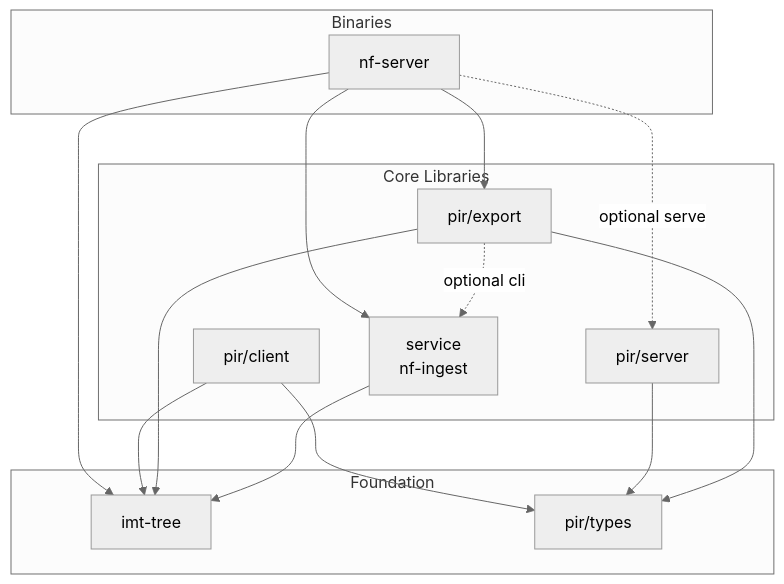
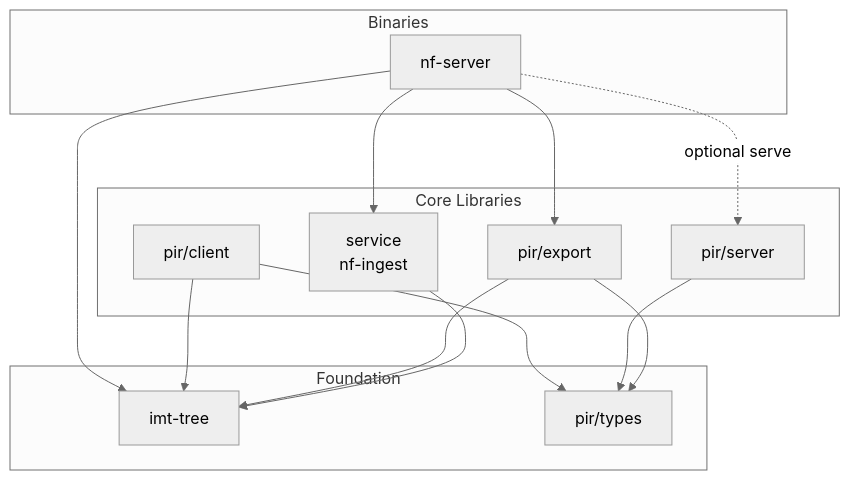
Before and after one commit to valargroup/vote-nullifier-pir: the diagram in README.md, drawn with Mermaid (neutral theme). The commit also changed other lines of this file and 24 other files, not shown here.

````diff
--- a/README.md
+++ b/README.md
@@ -13,30 +13,29 @@
 ```mermaid
 graph TD
     subgraph foundation [Foundation]
         imtTree[imt-tree]
         pirTypes[pir/types]
     end
 
     subgraph core [Core Libraries]
         service[service<br/>nf-ingest]
         pirExport[pir/export]
         pirServer[pir/server]
         pirClient[pir/client]
     end
 
     subgraph binaries [Binaries]
         nfServer[nf-server]
     end
 
     service --> imtTree
     pirExport --> imtTree
     pirExport --> pirTypes
-    pirExport -.->|optional cli| service
     pirServer --> pirTypes
     pirClient --> pirTypes
     pirClient --> imtTree
     nfServer --> pirExport
     nfServer --> service
     nfServer --> imtTree
     nfServer -.->|optional serve| pirServer
 ```
````
